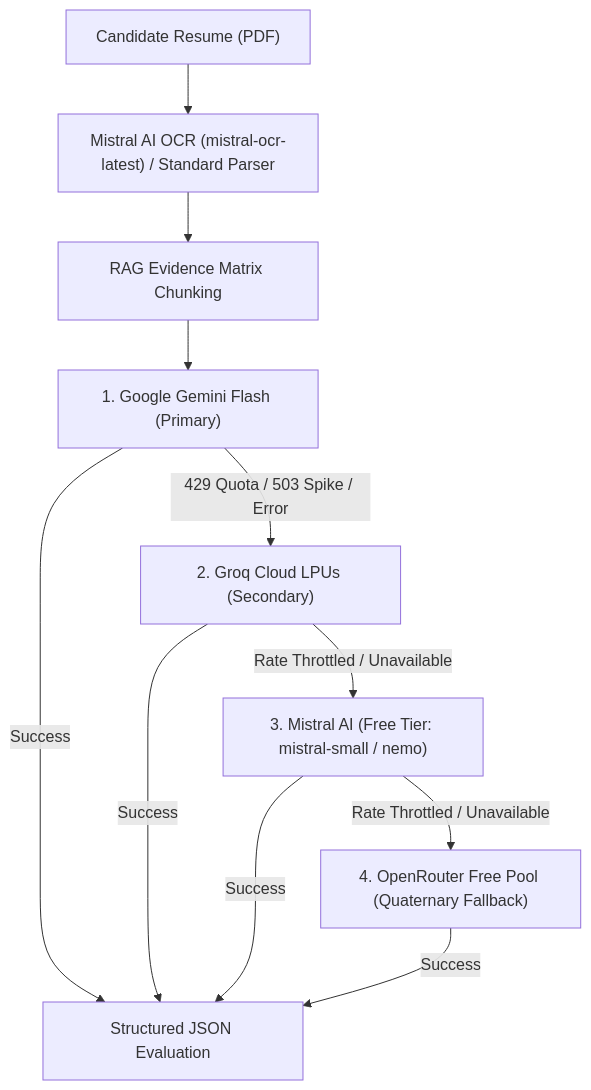
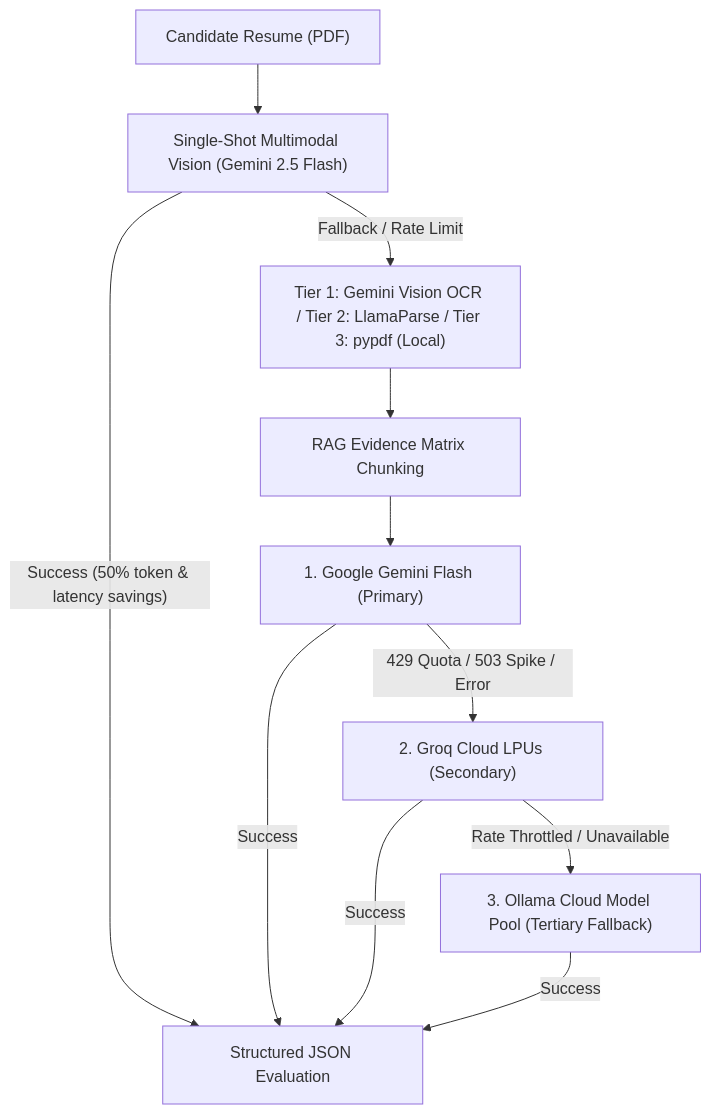
The diagram in docs/03-ai-models-and-keys.md (Ahmed3atef/Kayatix), drawn with Mermaid before and after one commit. The commit also changed other lines of this file and 30 other files, not shown here.

First line of the commit message:
Refactor AI integration to replace Mistral and OpenRouter with Ollama Cloud

````diff
--- a/docs/03-ai-models-and-keys.md
+++ b/docs/03-ai-models-and-keys.md
@@ -11,13 +11,13 @@
 ```mermaid
 flowchart TD
-    CV["Candidate Resume (PDF)"] --> OCR["Mistral AI OCR (mistral-ocr-latest) / Standard Parser"]
+    CV["Candidate Resume (PDF)"] --> SingleShot["Single-Shot Multimodal Vision (Gemini 2.5 Flash)"]
+    SingleShot -- "Success (50% token & latency savings)" --> Result["Structured JSON Evaluation"]
+    SingleShot -- "Fallback / Rate Limit" --> OCR["Tier 1: Gemini Vision OCR / Tier 2: LlamaParse / Tier 3: pypdf (Local)"]
     OCR --> RAG["RAG Evidence Matrix Chunking"]
     RAG --> P1["1. Google Gemini Flash (Primary)"]
-    P1 -- "Success" --> Result["Structured JSON Evaluation"]
+    P1 -- "Success" --> Result
     P1 -- "429 Quota / 503 Spike / Error" --> P2["2. Groq Cloud LPUs (Secondary)"]
     P2 -- "Success" --> Result
-    P2 -- "Rate Throttled / Unavailable" --> P3["3. Mistral AI (Free Tier: mistral-small / nemo)"]
+    P2 -- "Rate Throttled / Unavailable" --> P3["3. Ollama Cloud Model Pool (Tertiary Fallback)"]
     P3 -- "Success" --> Result
-    P3 -- "Rate Throttled / Unavailable" --> P4["4. OpenRouter Free Pool (Quaternary Fallback)"]
-    P4 -- "Success" --> Result
 ```
````
